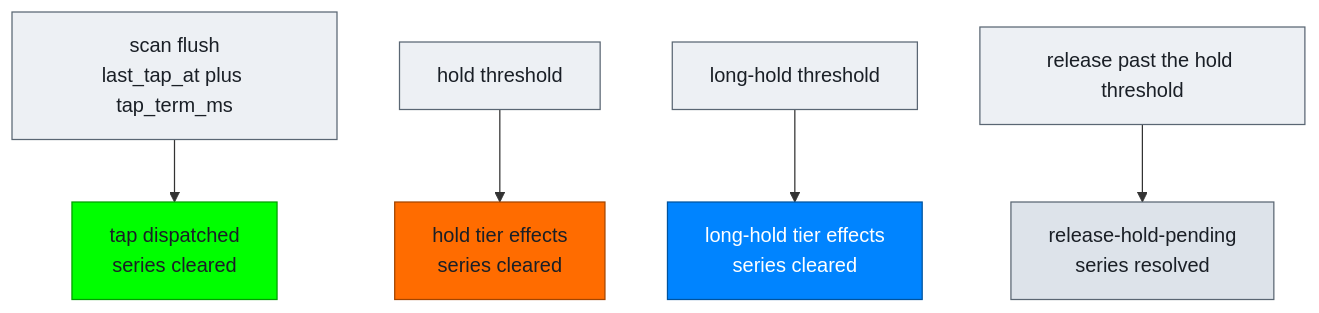
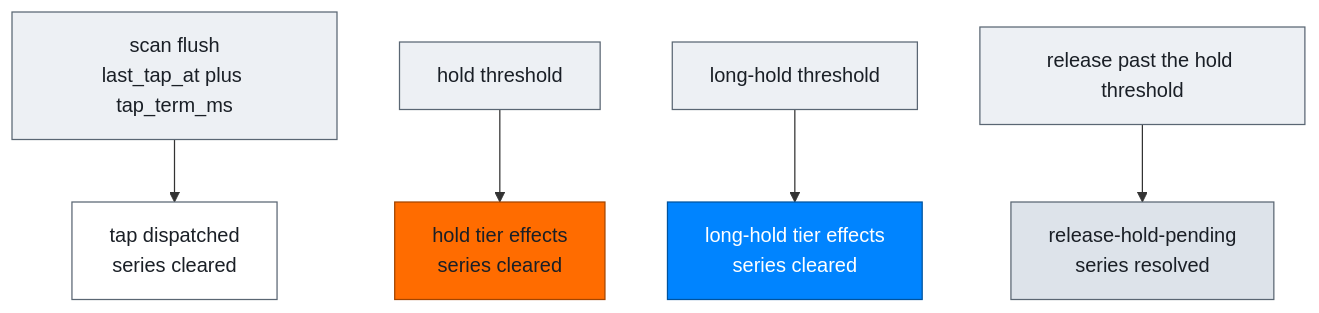
The fourth of 5 diagrams in docs/RGB_IMPLEMENTATION.md (NoahCLR/charybdis-4x6), drawn with Mermaid before and after one commit. The commit also changed other lines of this file and 9 other files, not shown here.

````diff
--- a/docs/RGB_IMPLEMENTATION.md
+++ b/docs/RGB_IMPLEMENTATION.md
@@ -109,16 +109,16 @@
 ```mermaid
 flowchart TD
     F["scan flush<br>last_tap_at plus tap_term_ms"] --> FA["tap dispatched<br>series cleared"]
     H["hold threshold"] --> HA["hold tier effects<br>series cleared"]
     L["long-hold threshold"] --> LA["long-hold tier effects<br>series cleared"]
     R["release past the hold threshold"] --> RA["release-hold-pending<br>series resolved"]
 
     style F fill:#EDF0F4,stroke:#5A6673,color:#1A1F26
     style H fill:#EDF0F4,stroke:#5A6673,color:#1A1F26
     style L fill:#EDF0F4,stroke:#5A6673,color:#1A1F26
     style R fill:#EDF0F4,stroke:#5A6673,color:#1A1F26
-    style FA fill:#00FF00,stroke:#009E00,color:#1A1F26
+    style FA fill:#FFFFFF,stroke:#5A6673,color:#1A1F26
     style HA fill:#FF6C00,stroke:#A34500,color:#1A1F26
     style LA fill:#0084FF,stroke:#00539E,color:#FFFFFF
     style RA fill:#DDE3EA,stroke:#5A6673,color:#1A1F26
 ```
````
